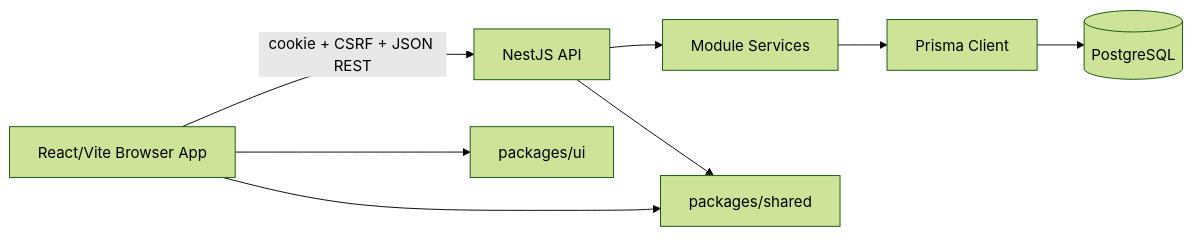
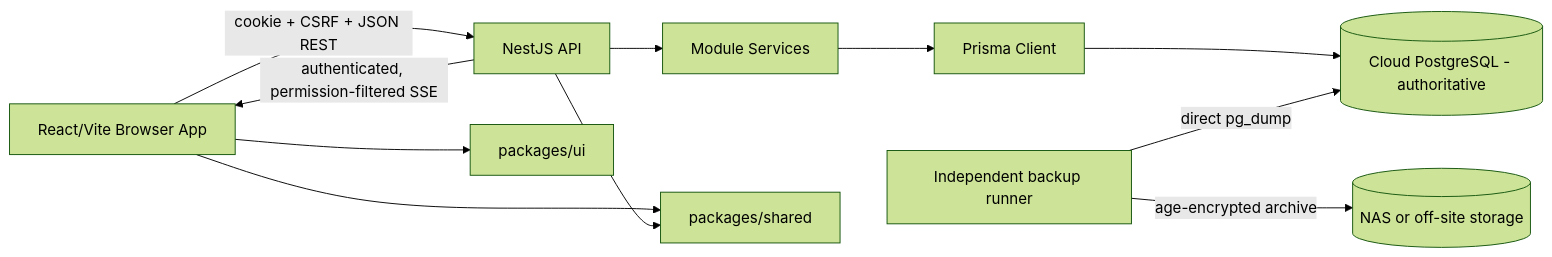
One commit to raychone/labo changed the diagram in docs/ARCHITECTURE.md. Above: the diagram before and after it, drawn with Mermaid (forest theme). The commit also changed other lines of this file and 112 other files, not shown here.

````diff
--- a/docs/ARCHITECTURE.md
+++ b/docs/ARCHITECTURE.md
@@ -7,10 +7,13 @@
 ```mermaid
 flowchart LR
   Browser[React/Vite Browser App] -->|cookie + CSRF + JSON REST| API[NestJS API]
+  API -->|authenticated, permission-filtered SSE| Browser
   API --> Services[Module Services]
   Services --> Prisma[Prisma Client]
-  Prisma --> DB[(PostgreSQL)]
+  Prisma --> DB[(Cloud PostgreSQL - authoritative)]
+  Backup[Independent backup runner] -->|direct pg_dump| DB
+  Backup -->|age-encrypted archive| Secondary[(NAS or off-site storage)]
   Browser --> UI[packages/ui]
   Browser --> Shared[packages/shared]
   API --> Shared
 ```
````
